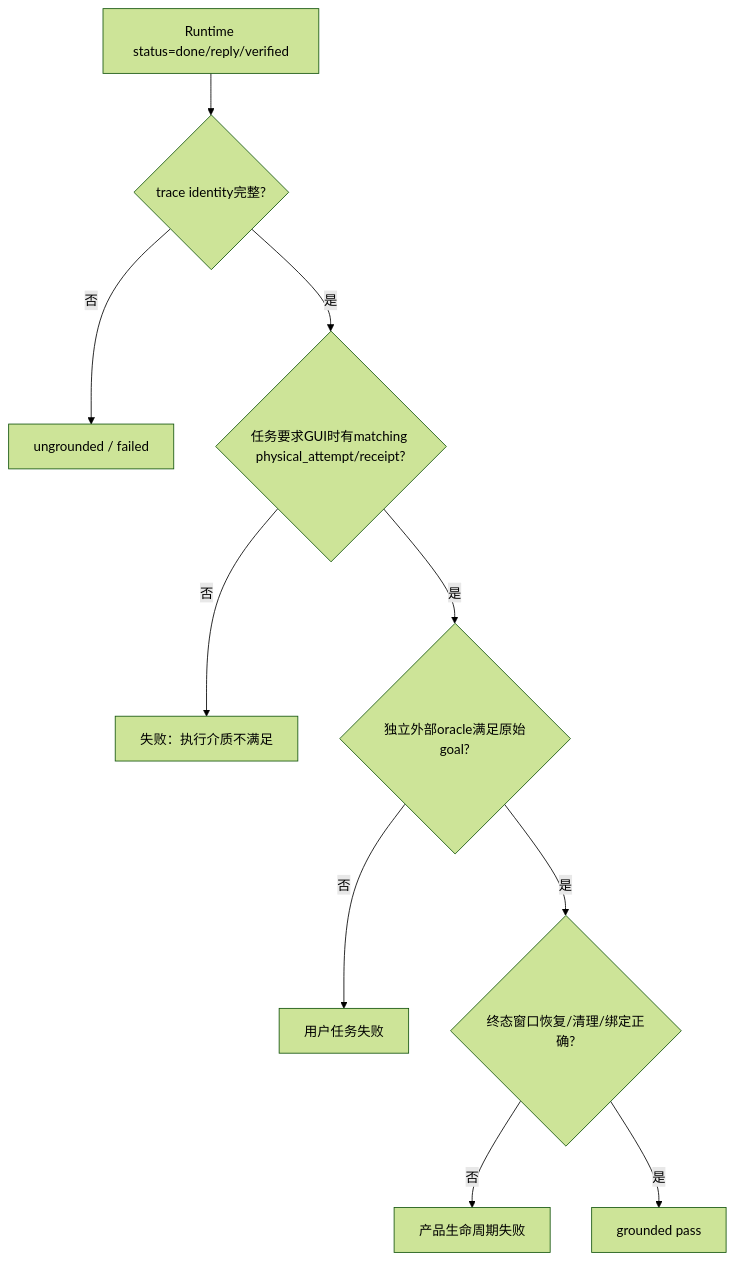
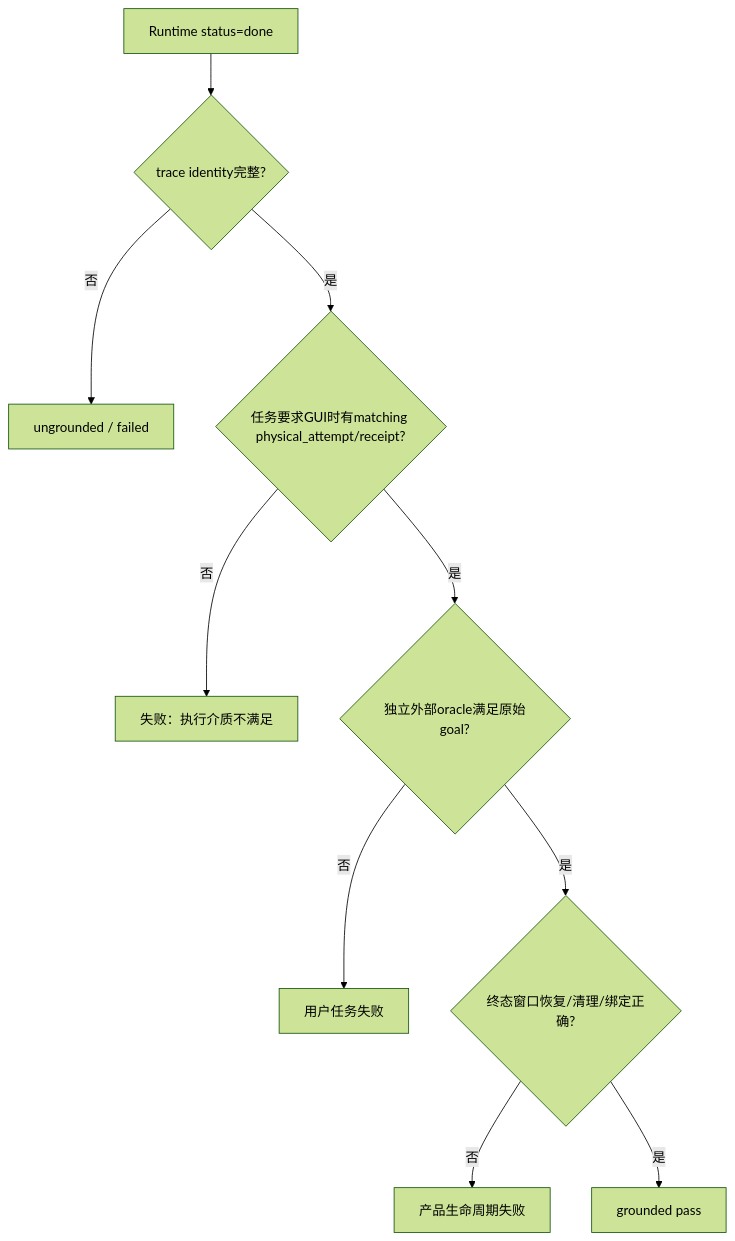
One commit to zoujiapeng/lingdong-script changed the first of 3 diagrams in docs/project-guide/04-testing-and-debugging.md. Above: the diagram before and after it, drawn with Mermaid (forest theme). The commit also changed other lines of this file and 58 other files, not shown here.

````diff
--- a/docs/project-guide/04-testing-and-debugging.md
+++ b/docs/project-guide/04-testing-and-debugging.md
@@ -32,12 +32,12 @@
 ```mermaid
 flowchart TD
-  Done["Runtime status=done/reply/verified"] --> Trace{"trace identity完整?"}
+  Done["Runtime status=done"] --> Trace{"trace identity完整?"}
   Trace -->|否| Ungrounded["ungrounded / failed"]
   Trace -->|是| Physical{"任务要求GUI时有matching physical_attempt/receipt?"}
   Physical -->|否| WrongMedium["失败：执行介质不满足"]
   Physical -->|是| Oracle{"独立外部oracle满足原始goal?"}
   Oracle -->|否| Failed["用户任务失败"]
   Oracle -->|是| Lifecycle{"终态窗口恢复/清理/绑定正确?"}
   Lifecycle -->|否| ProductFail["产品生命周期失败"]
   Lifecycle -->|是| Pass["grounded pass"]
 ```
````
